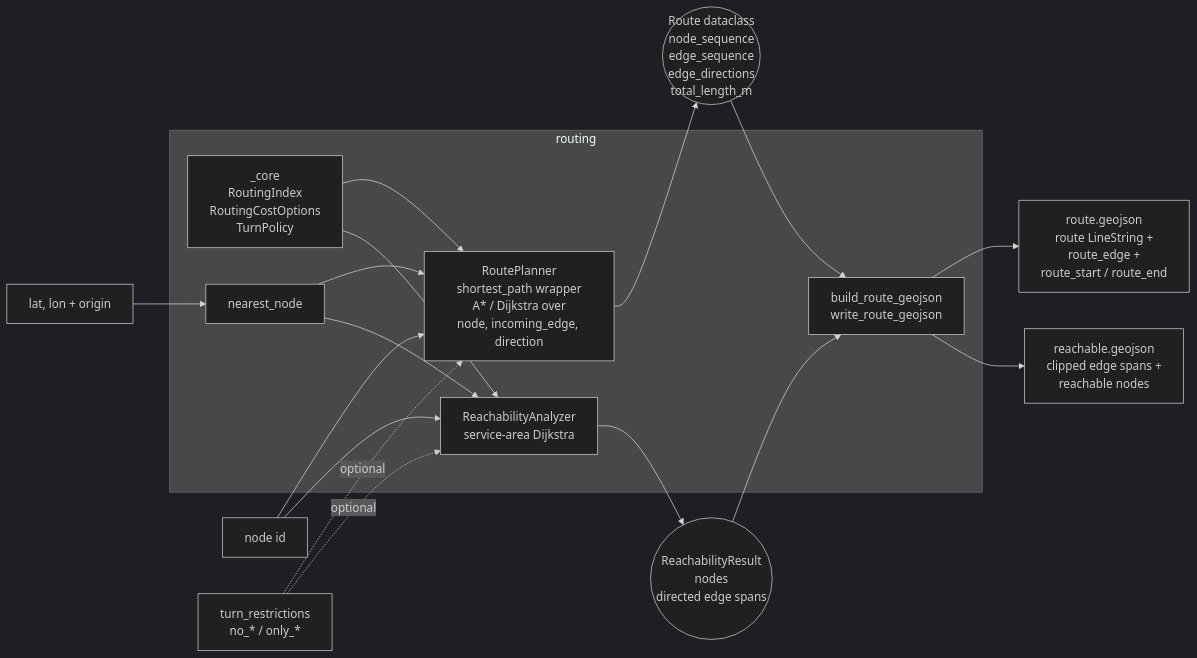
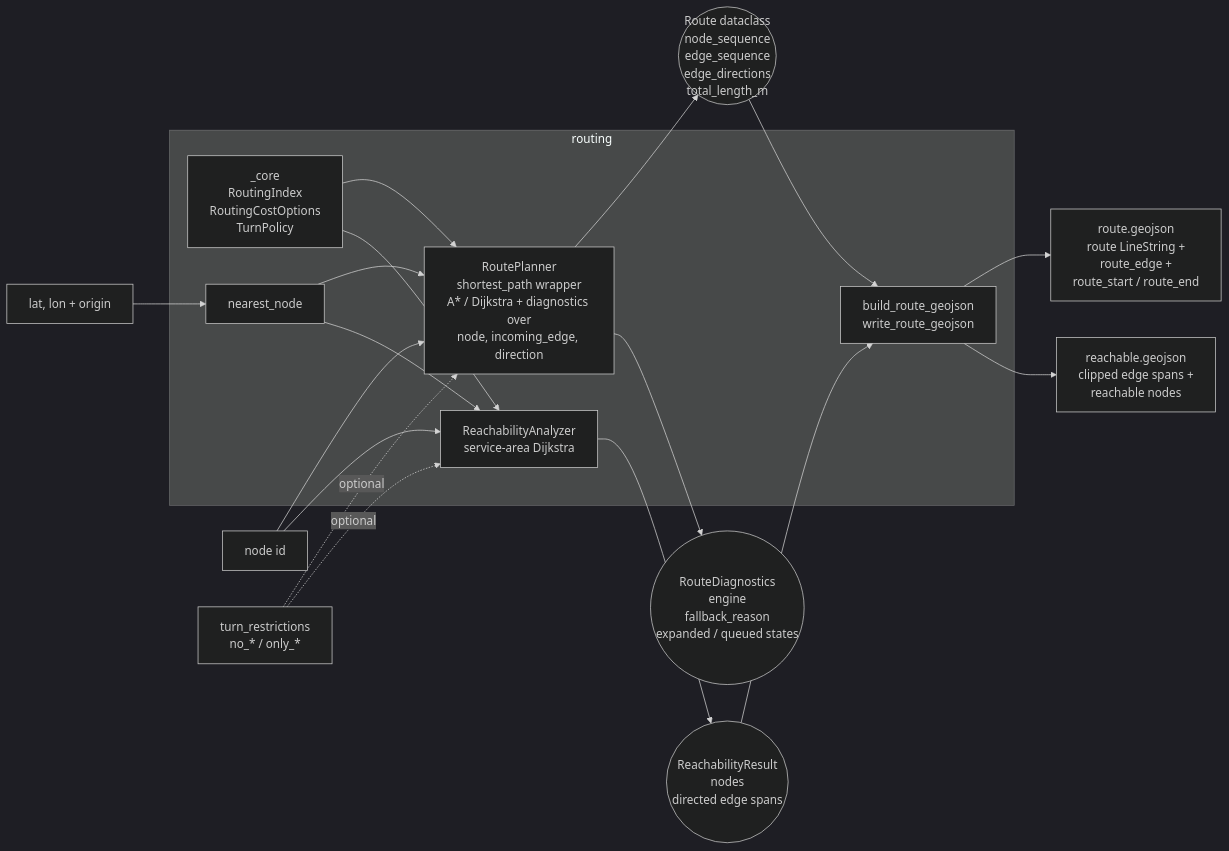
One commit to rsasaki0109/roadgraph_builder changed the fifth of 6 diagrams in docs/ARCHITECTURE.md. Above: the diagram before and after it, drawn with Mermaid (dark theme). The commit also changed other lines of this file and 11 other files, not shown here.

First line of the commit message:
feat: explain route search diagnostics

````diff
--- a/docs/ARCHITECTURE.md
+++ b/docs/ARCHITECTURE.md
@@ -285,23 +285,24 @@
 ```mermaid
 flowchart LR
     subgraph routing
         CORE[_core<br/>RoutingIndex<br/>RoutingCostOptions<br/>TurnPolicy]
-        SP[RoutePlanner<br/>shortest_path wrapper<br/>A* / Dijkstra over<br/>node, incoming_edge, direction]
+        SP[RoutePlanner<br/>shortest_path wrapper<br/>A* / Dijkstra + diagnostics over<br/>node, incoming_edge, direction]
         RA[ReachabilityAnalyzer<br/>service-area Dijkstra]
         NN[nearest_node]
         RGJ[build_route_geojson<br/>write_route_geojson]
     end
 
     CORE --> SP
     CORE --> RA
     N[node id] --> SP
     N --> RA
     LL[lat, lon + origin] --> NN --> SP
     NN --> RA
     TR[turn_restrictions<br/>no_* / only_*] -.optional.-> SP
     TR -.optional.-> RA
     SP --> Route((Route dataclass<br/>node_sequence<br/>edge_sequence<br/>edge_directions<br/>total_length_m))
+    SP --> Diag((RouteDiagnostics<br/>engine<br/>fallback_reason<br/>expanded / queued states))
     RA --> Reach((ReachabilityResult<br/>nodes<br/>directed edge spans))
     Route --> RGJ --> GJ[route.geojson<br/>route LineString +<br/>route_edge +<br/>route_start / route_end]
     Reach --> RGJ --> RG[reachable.geojson<br/>clipped edge spans +<br/>reachable nodes]
 ```
````
